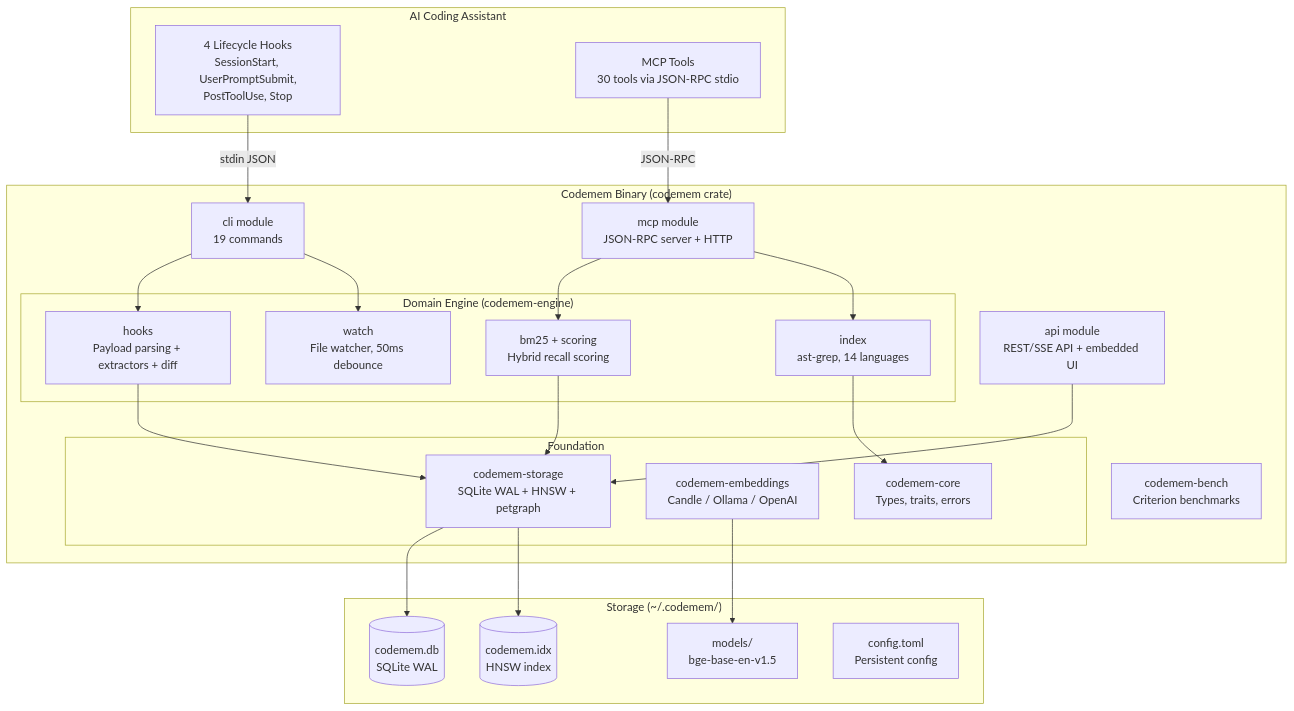
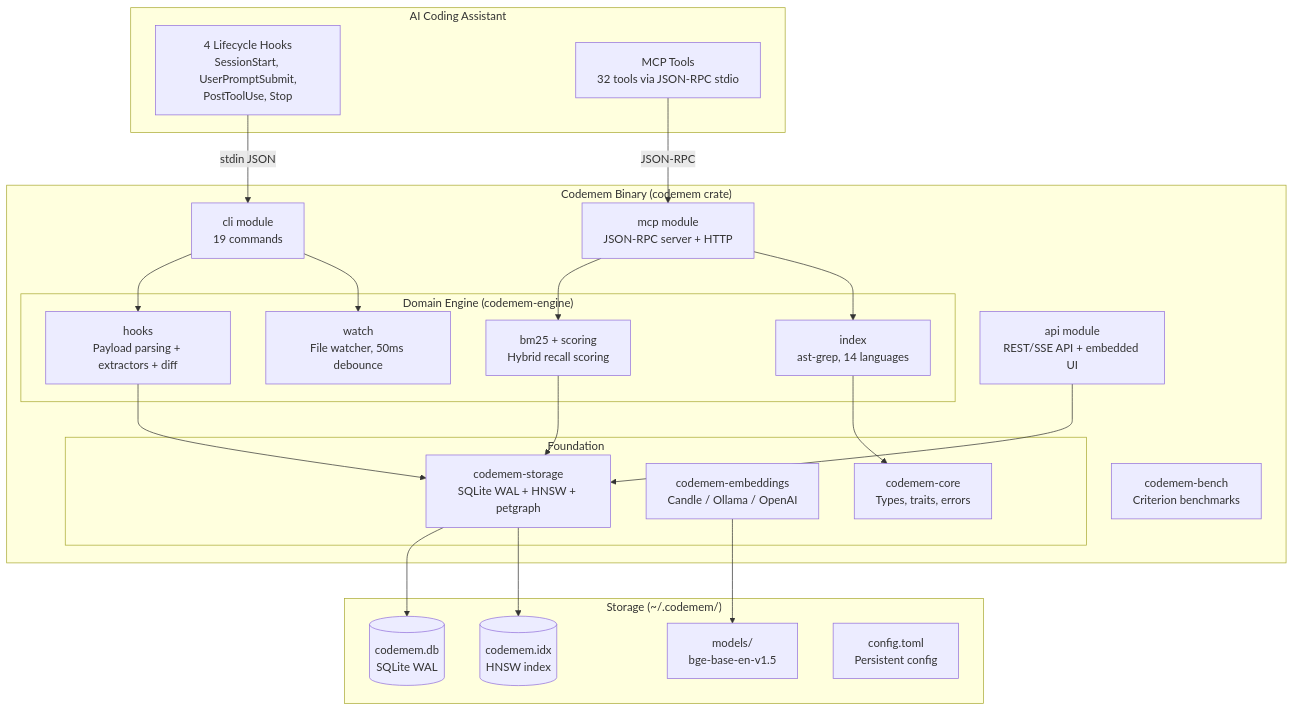
One commit to cogniplex/codemem changed the first of 10 diagrams in docs/architecture.md. Above: the diagram before and after it, drawn with Mermaid. The commit also changed other lines of this file and 7 other files, not shown here.

````diff
--- a/docs/architecture.md
+++ b/docs/architecture.md
@@ -19,49 +19,49 @@
 ```mermaid
 graph TB
     subgraph "AI Coding Assistant"
         H[4 Lifecycle Hooks<br/>SessionStart, UserPromptSubmit,<br/>PostToolUse, Stop]
-        M[MCP Tools<br/>30 tools via JSON-RPC stdio]
+        M[MCP Tools<br/>32 tools via JSON-RPC stdio]
     end
 
     subgraph "Codemem Binary (codemem crate)"
         CLI[cli module<br/>19 commands]
         MCP_MOD[mcp module<br/>JSON-RPC server + HTTP]
         API_MOD[api module<br/>REST/SSE API + embedded UI]
 
         subgraph "Domain Engine (codemem-engine)"
             HOOKS[hooks<br/>Payload parsing + extractors + diff]
             WATCH[watch<br/>File watcher, 50ms debounce]
             IDX[index<br/>ast-grep, 14 languages]
             BM25[bm25 + scoring<br/>Hybrid recall scoring]
         end
 
         subgraph "Foundation"
             CORE[codemem-core<br/>Types, traits, errors]
             EMB[codemem-embeddings<br/>Candle / Ollama / OpenAI]
             STORE[codemem-storage<br/>SQLite WAL + HNSW + petgraph]
         end
 
         BENCH[codemem-bench<br/>Criterion benchmarks]
     end
 
     subgraph "Storage (~/.codemem/)"
         DB[(codemem.db<br/>SQLite WAL)]
         HNSW[(codemem.idx<br/>HNSW index)]
         MODEL[models/<br/>bge-base-en-v1.5]
         CONF[config.toml<br/>Persistent config]
     end
 
     H -->|stdin JSON| CLI
     M -->|JSON-RPC| MCP_MOD
     CLI --> HOOKS
     CLI --> WATCH
     MCP_MOD --> BM25
     MCP_MOD --> IDX
     API_MOD --> STORE
     HOOKS --> STORE
     BM25 --> STORE
     IDX --> CORE
     STORE --> DB
     STORE --> HNSW
     EMB --> MODEL
 ```
````
